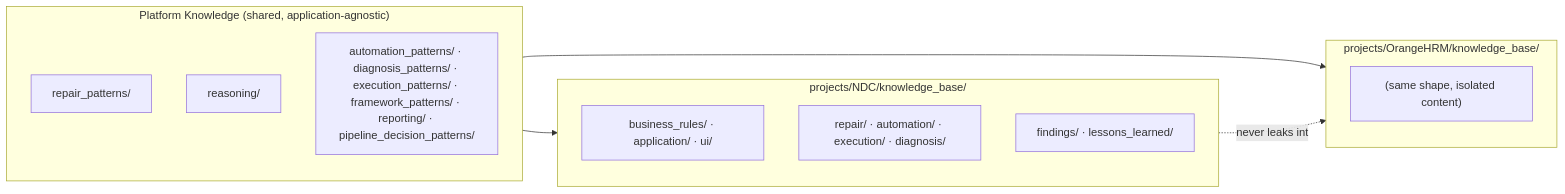
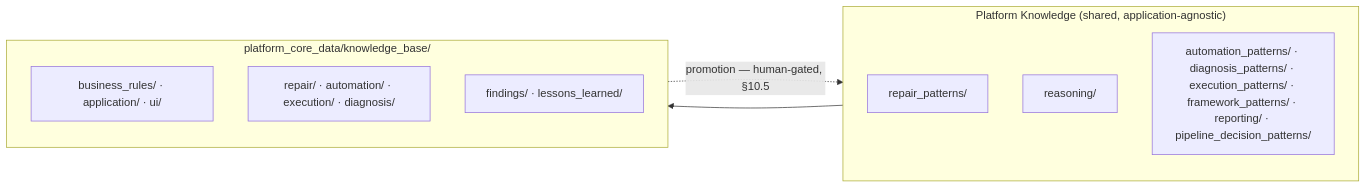
One commit to HusseinAtaHussein1/AISeatMap changed the eighth of 10 diagrams in README.md. Above: the diagram before and after it, drawn with Mermaid. The commit also changed other lines of this file and 543 other files, not shown here.

Commit message:
Refactor: convert platform to single-project architecture

````diff
--- a/README.md
+++ b/README.md
@@ -569,20 +563,16 @@
 ```mermaid
 flowchart LR
     subgraph Platform["Platform Knowledge (shared, application-agnostic)"]
         RP["repair_patterns/"]
         RS["reasoning/"]
         OTH["automation_patterns/ · diagnosis_patterns/ · execution_patterns/ · framework_patterns/ · reporting/ · pipeline_decision_patterns/"]
     end
-    subgraph ProjA["projects/NDC/knowledge_base/"]
+    subgraph ProjA["platform_core_data/knowledge_base/"]
         A1["business_rules/ · application/ · ui/"]
         A2["repair/ · automation/ · execution/ · diagnosis/"]
         A3["findings/ · lessons_learned/"]
     end
-    subgraph ProjB["projects/OrangeHRM/knowledge_base/"]
-        B1["(same shape, isolated content)"]
-    end
 
     Platform --> ProjA
-    Platform --> ProjB
-    ProjA -.never leaks into.-> ProjB
+    ProjA -. "promotion — human-gated, §10.5" .-> Platform
 ```
````
